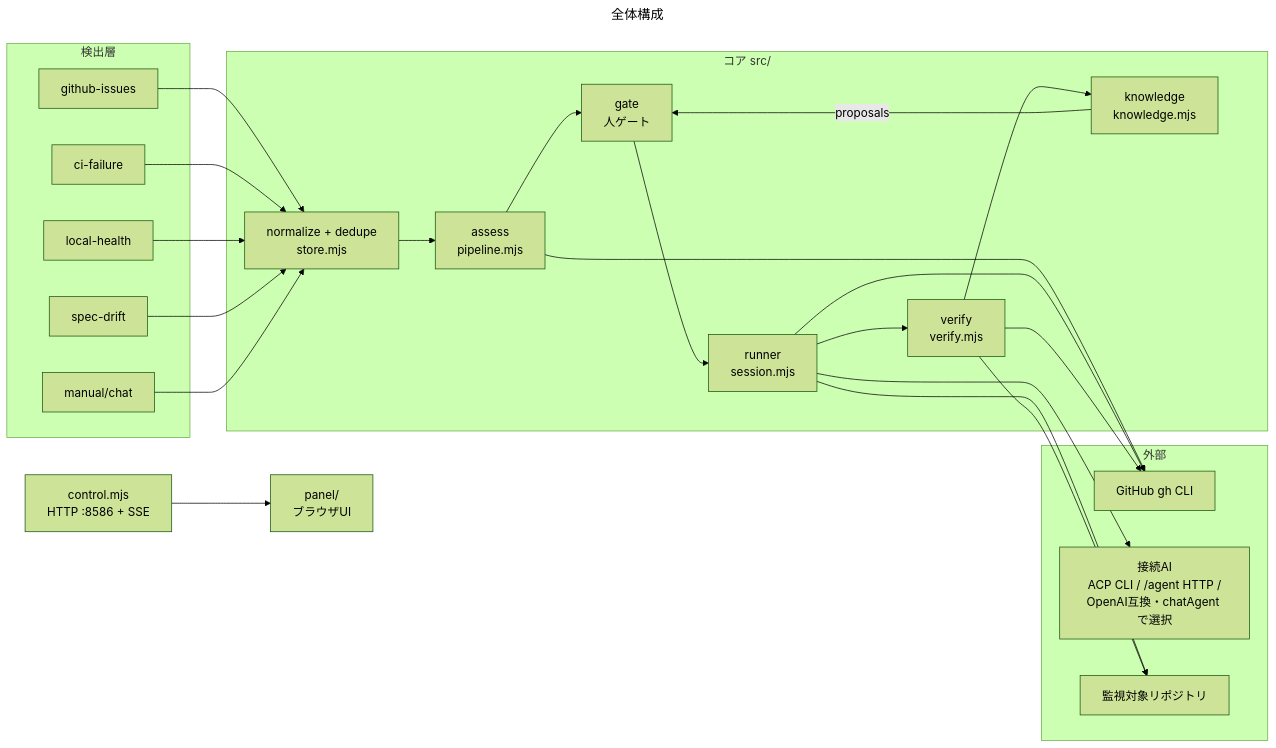
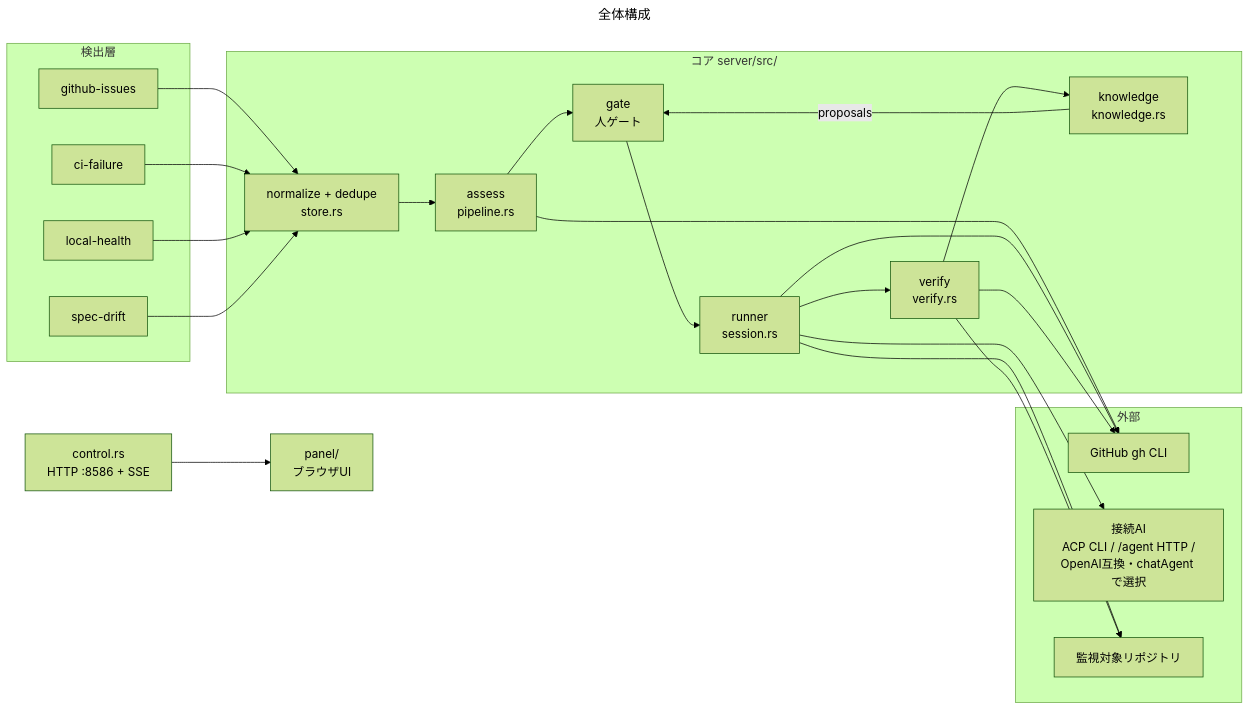
One commit to yamamoto-ryuzo/kasugai_agent changed the diagram in diagrams/architecture.mmd. Above: the diagram before and after it, drawn with Mermaid (forest theme). The commit also changed 80 other files, not shown here.

First line of the commit message:
control を Rust(axum) 実装 server/ として新設し、起動系を整備

```diff
--- a/diagrams/architecture.mmd
+++ b/diagrams/architecture.mmd
@@ -1,33 +1,32 @@
 ---
 title: 全体構成
 ---
 flowchart LR
     subgraph Detect[検出層]
         D1[github-issues]
         D2[ci-failure]
         D3[local-health]
         D4[spec-drift]
-        D5[manual/chat]
     end
 
-    subgraph Core[コア src/]
-        N[normalize + dedupe<br/>store.mjs]
-        A[assess<br/>pipeline.mjs]
+    subgraph Core[コア server/src/]
+        N[normalize + dedupe<br/>store.rs]
+        A[assess<br/>pipeline.rs]
         G[gate<br/>人ゲート]
-        R[runner<br/>session.mjs]
-        V[verify<br/>verify.mjs]
-        K[knowledge<br/>knowledge.mjs]
+        R[runner<br/>session.rs]
+        V[verify<br/>verify.rs]
+        K[knowledge<br/>knowledge.rs]
     end
 
     subgraph IO[外部]
         GH[GitHub gh CLI]
         DV[接続AI<br/>ACP CLI / /agent HTTP /<br/>OpenAI互換・chatAgent で選択]
         RP[監視対象リポジトリ]
     end
 
-    C[control.mjs<br/>HTTP :8586 + SSE] --> P[panel/<br/>ブラウザUI]
-    D1 & D2 & D3 & D4 & D5 --> N --> A --> G --> R --> V --> K
+    C[control.rs<br/>HTTP :8586 + SSE] --> P[panel/<br/>ブラウザUI]
+    D1 & D2 & D3 & D4 --> N --> A --> G --> R --> V --> K
     R --> DV
     A & R & V --> GH
     R & V --> RP
     K -->|proposals| G
```
